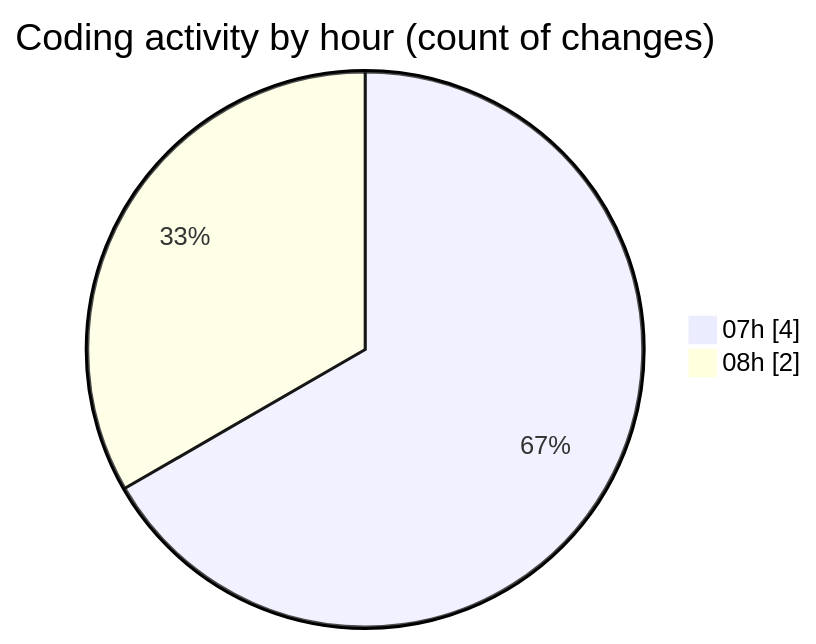
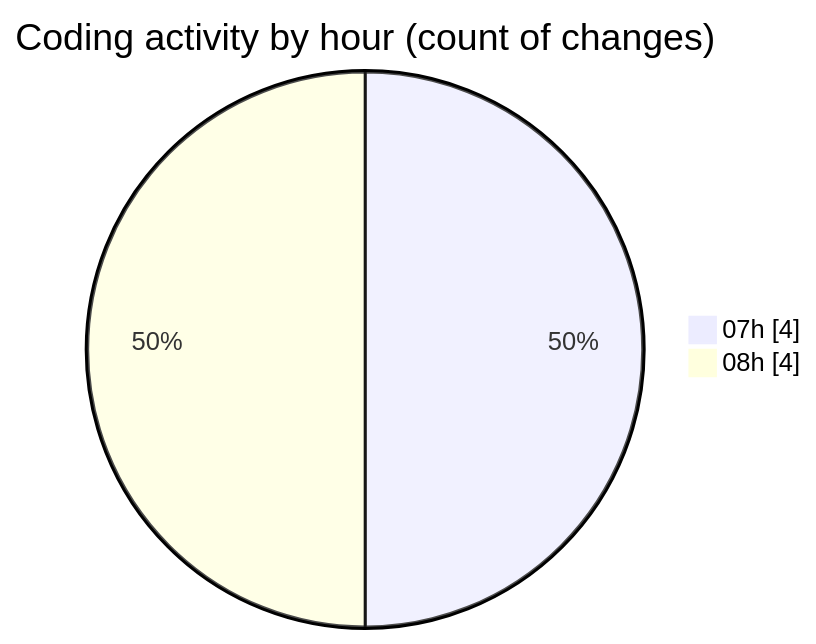
One commit to LanceThiago/code-tracking changed the second of 2 diagrams in 2025-09-16/totem2/README.md. Above: the diagram before and after it, drawn with Mermaid. The commit also changed other lines of this file and 1 other file, not shown here.

````diff
--- a/2025-09-16/totem2/README.md
+++ b/2025-09-16/totem2/README.md
@@ -28,6 +29,6 @@
 ```mermaid
 pie showData
 title Coding activity by hour (count of changes)
 "07h" : 4
-"08h" : 2
+"08h" : 4
 ```
````
